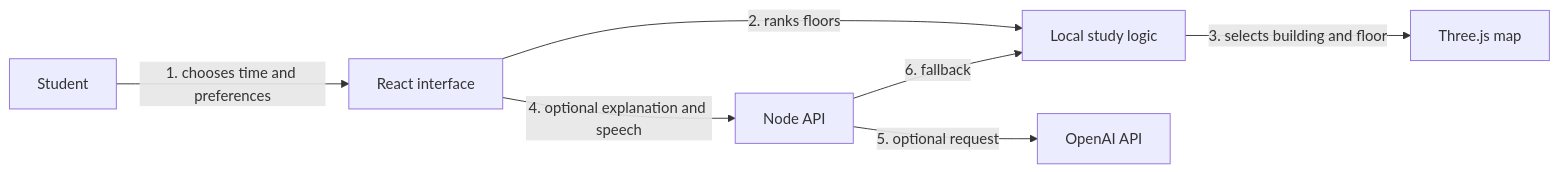
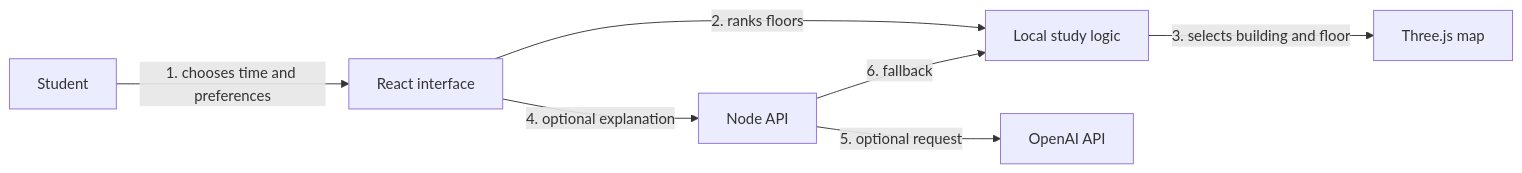
One commit to neomatrix369/campus-explorer-devday-2026 changed the diagram in docs/ARCHITECTURE_AND_USER_GUIDE.md. Above: the diagram before and after it, drawn with Mermaid. The commit also changed other lines of this file and 5 other files, not shown here.

````diff
--- a/docs/ARCHITECTURE_AND_USER_GUIDE.md
+++ b/docs/ARCHITECTURE_AND_USER_GUIDE.md
@@ -7,9 +7,9 @@
 ```mermaid
 flowchart LR
   student[Student] -->|1. chooses time and preferences| app[React interface]
   app -->|2. ranks floors| logic[Local study logic]
   logic -->|3. selects building and floor| scene[Three.js map]
-  app -->|4. optional explanation and speech| server[Node API]
+  app -->|4. optional explanation| server[Node API]
   server -->|5. optional request| model[OpenAI API]
   server -->|6. fallback| logic
 ```
````
